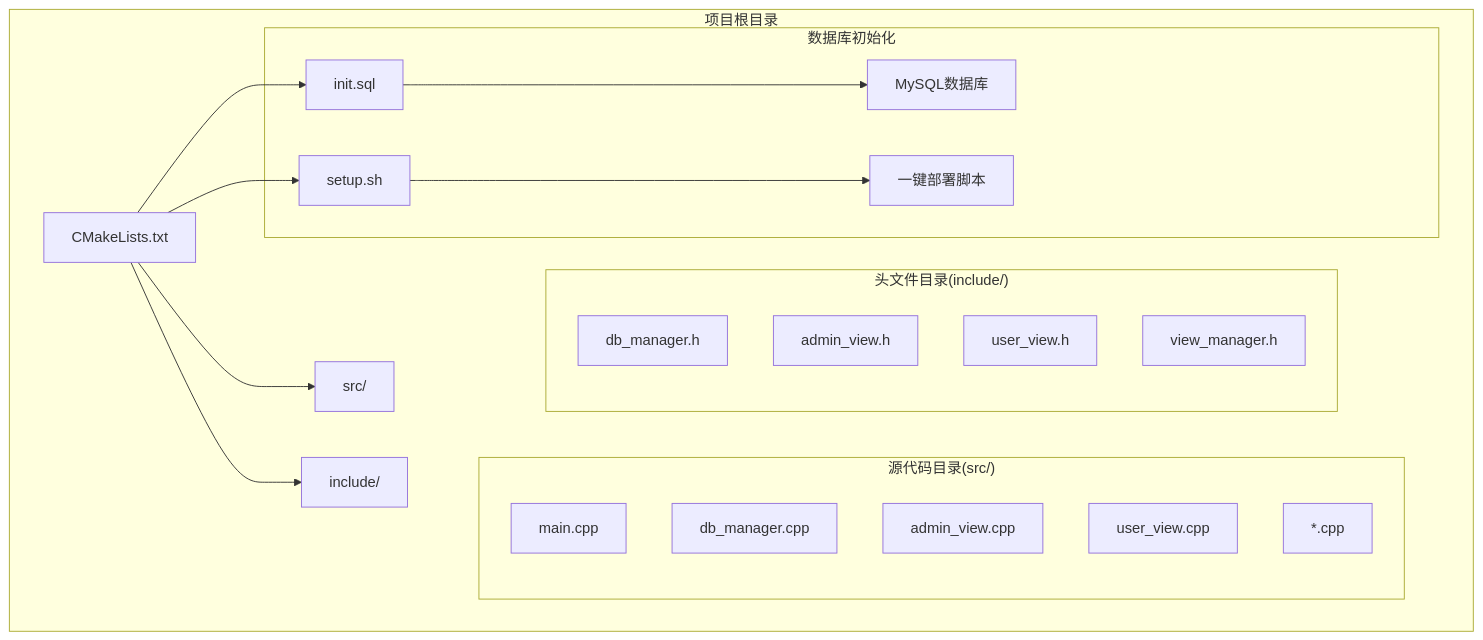
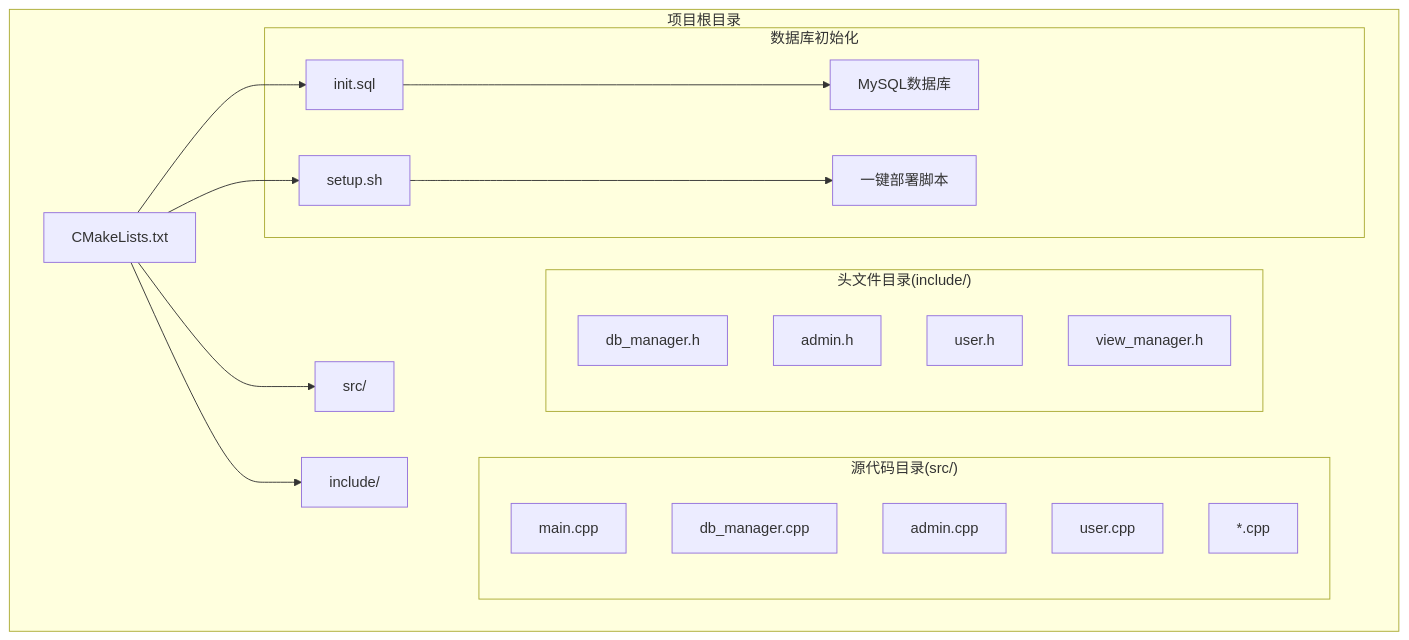
Before and after one commit to jinpeng900/OJ-Test: the first of 8 diagrams in .qoder/repowiki/zh/content/系统架构设计/数据库管理层设计.md, drawn with Mermaid. The commit also changed other lines of this file and 44 other files, not shown here.

````diff
--- a/.qoder/repowiki/zh/content/系统架构设计/数据库管理层设计.md
+++ b/.qoder/repowiki/zh/content/系统架构设计/数据库管理层设计.md
@@ -40,26 +48,26 @@
 ```mermaid
 graph TB
 subgraph "项目根目录"
 A[CMakeLists.txt] --> B[src/]
 A --> C[include/]
 A --> D[init.sql]
 A --> E[setup.sh]
 subgraph "源代码目录(src/)"
 F[main.cpp]
 G[db_manager.cpp]
-H[admin_view.cpp]
-I[user_view.cpp]
+H[admin.cpp]
+I[user.cpp]
 J[*.cpp]
 end
 subgraph "头文件目录(include/)"
 K[db_manager.h]
-L[admin_view.h]
-M[user_view.h]
+L[admin.h]
+M[user.h]
 N[view_manager.h]
 end
 subgraph "数据库初始化"
 D[init.sql] --> O[MySQL数据库]
 E[setup.sh] --> P[一键部署脚本]
 end
 end
 ```
````
